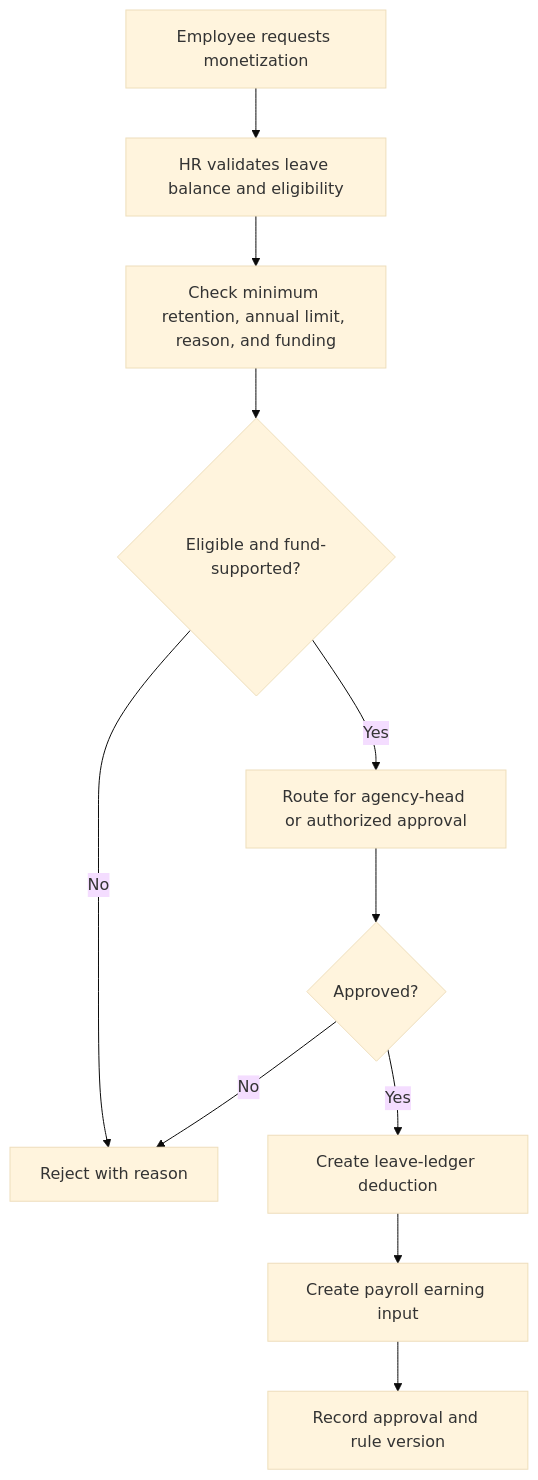
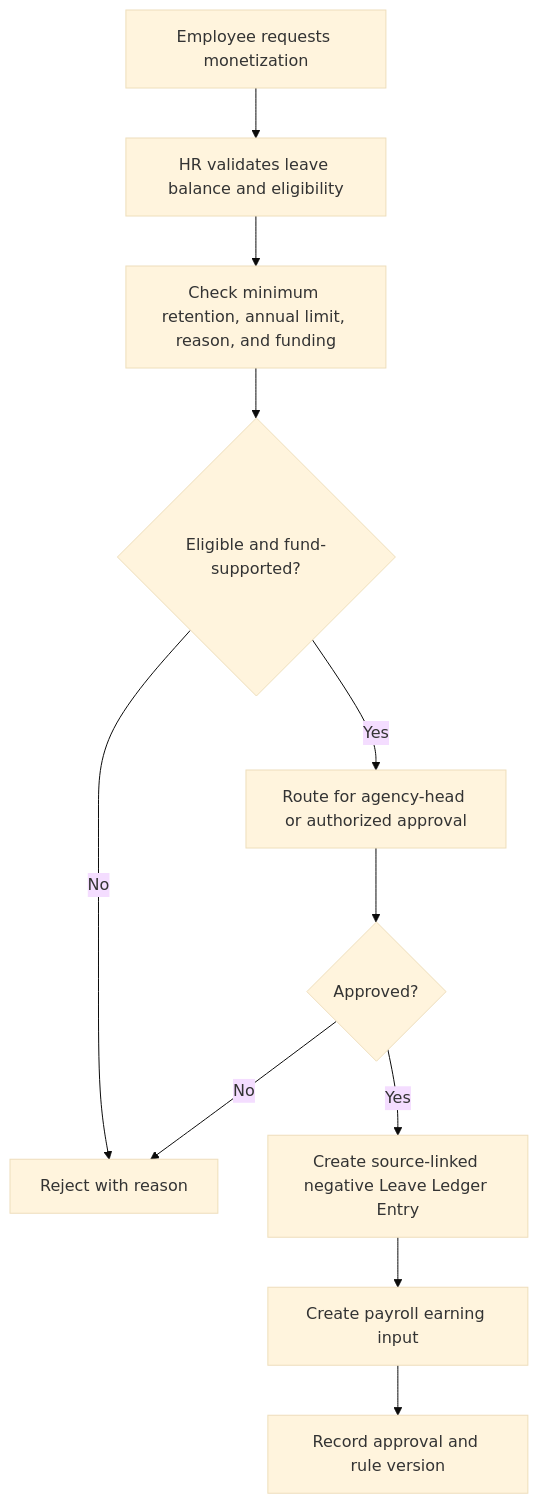
Before and after one commit to systemeror12/lingkod-hr: the tenth of 16 diagrams in docs/mvp-workflows.md, drawn with Mermaid (base theme). The commit also changed other lines of this file and 8 other files, not shown here.

````diff
--- a/docs/mvp-workflows.md
+++ b/docs/mvp-workflows.md
@@ -350,13 +387,13 @@
 ```mermaid
 flowchart TD
     A[Employee requests monetization] --> B[HR validates leave balance and eligibility]
     B --> C[Check minimum retention, annual limit, reason, and funding]
     C --> D{Eligible and fund-supported?}
     D -- No --> E[Reject with reason]
     D -- Yes --> F[Route for agency-head or authorized approval]
     F --> G{Approved?}
     G -- No --> E
-    G -- Yes --> H[Create leave-ledger deduction]
+    G -- Yes --> H[Create source-linked negative Leave Ledger Entry]
     H --> I[Create payroll earning input]
     I --> J[Record approval and rule version]
 ```
````
